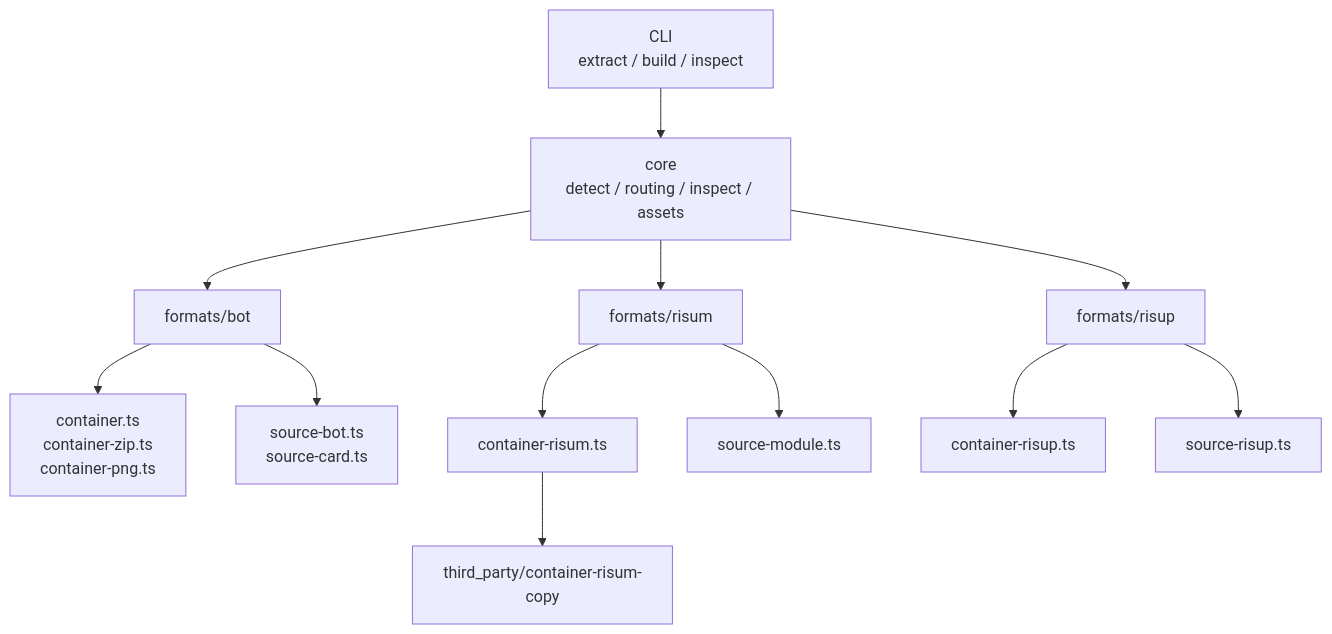
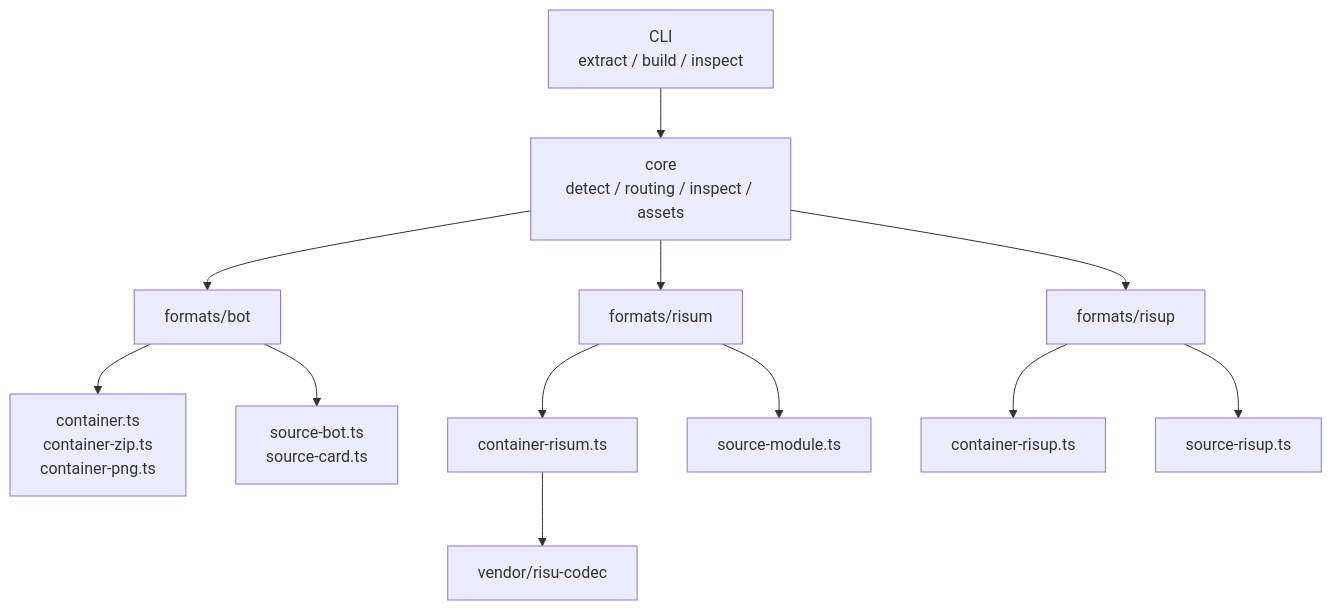
The first of 6 diagrams in docs/project-structure.md (InoriNatsume/RisuPack), drawn with Mermaid before and after one commit. The commit also changed other lines of this file and 16 other files, not shown here.

````diff
--- a/docs/project-structure.md
+++ b/docs/project-structure.md
@@ -40,14 +40,14 @@
 ```mermaid
 flowchart TD
     A["CLI<br/>extract / build / inspect"] --> B["core<br/>detect / routing / inspect / assets"]
     B --> C["formats/bot"]
     B --> D["formats/risum"]
     B --> J["formats/risup"]
     C --> E["container.ts<br/>container-zip.ts<br/>container-png.ts"]
     C --> F["source-bot.ts<br/>source-card.ts"]
     D --> G["container-risum.ts"]
     D --> H["source-module.ts"]
     J --> K["container-risup.ts"]
     J --> L["source-risup.ts"]
-    G --> I["third_party/container-risum-copy"]
+    G --> I["vendor/risu-codec"]
 ```
````
